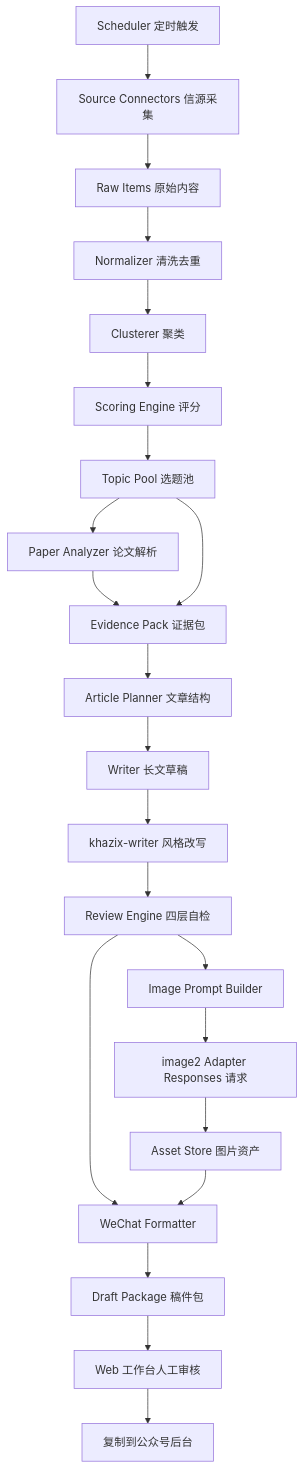
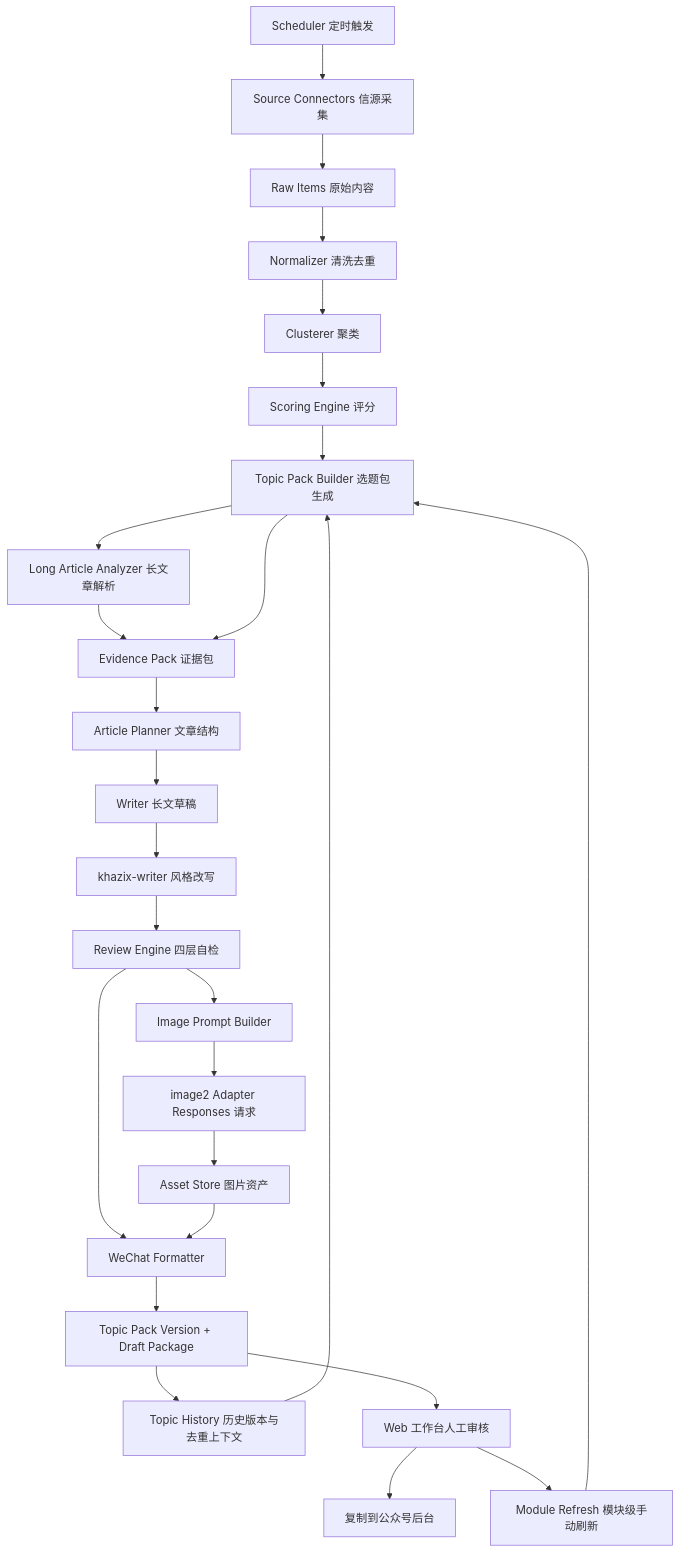
Before and after one commit to zhanggw108/auto-wechat-subscription: the diagram in ARCHITECTURE.md, drawn with Mermaid. The commit also changed other lines of this file and 21 other files, not shown here.

````diff
--- a/ARCHITECTURE.md
+++ b/ARCHITECTURE.md
@@ -52,27 +55,31 @@
 ```mermaid
 flowchart TD
   A["Scheduler 定时触发"] --> B["Source Connectors 信源采集"]
   B --> C["Raw Items 原始内容"]
   C --> D["Normalizer 清洗去重"]
   D --> E["Clusterer 聚类"]
   E --> F["Scoring Engine 评分"]
-  F --> G["Topic Pool 选题池"]
+  F --> G["Topic Pack Builder 选题包生成"]
+  U["Topic History 历史版本与去重上下文"] --> G
 
-  G --> H["Paper Analyzer 论文解析"]
+  G --> H["Long Article Analyzer 长文章解析"]
   H --> I["Evidence Pack 证据包"]
   G --> I
   I --> J["Article Planner 文章结构"]
   J --> K["Writer 长文草稿"]
   K --> L["khazix-writer 风格改写"]
   L --> M["Review Engine 四层自检"]
 
   M --> N["Image Prompt Builder"]
   N --> O["image2 Adapter Responses 请求"]
   O --> P["Asset Store 图片资产"]
 
   M --> Q["WeChat Formatter"]
   P --> Q
-  Q --> R["Draft Package 稿件包"]
+  Q --> R["Topic Pack Version + Draft Package"]
+  R --> U
   R --> S["Web 工作台人工审核"]
   S --> T["复制到公众号后台"]
+  S --> V["Module Refresh 模块级手动刷新"]
+  V --> G
 ```
````
